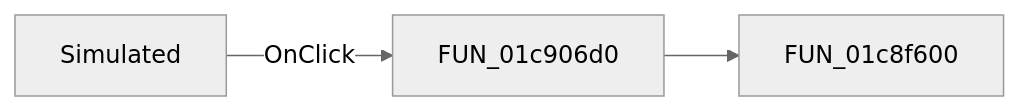
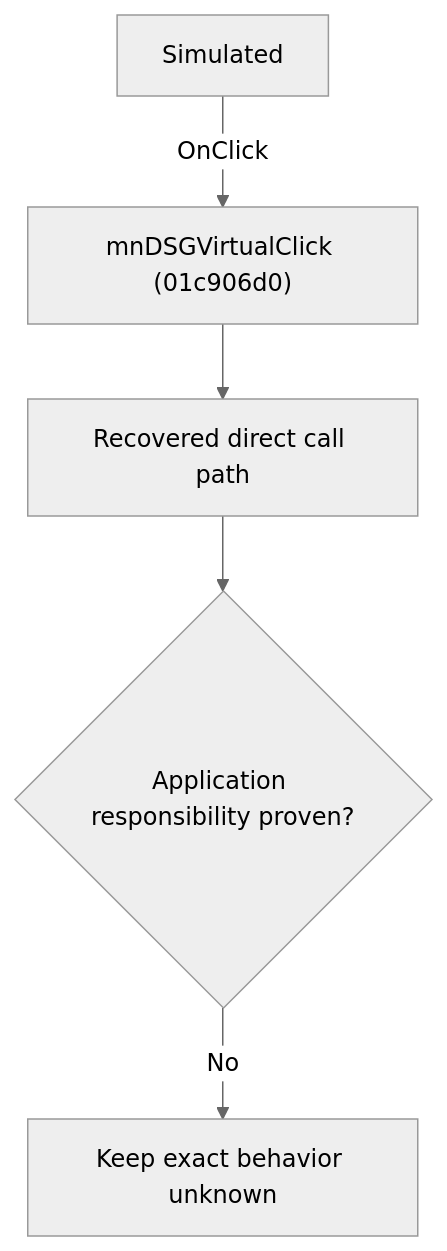
The diagram in docs/ui-controls/schematiceditor/mndsgvirtual-e0c7d41e51.md (MovGP0/TIARA), drawn with Mermaid (neutral theme) before and after one commit. The commit also changed other lines of this file and 1062 other files, not shown here.

````diff
--- a/docs/ui-controls/schematiceditor/mndsgvirtual-e0c7d41e51.md
+++ b/docs/ui-controls/schematiceditor/mndsgvirtual-e0c7d41e51.md
@@ -27,5 +27,7 @@
 ```mermaid
-flowchart LR
-    control["Simulated"] -->|OnClick| handler["FUN_01c906d0"]
-    handler --> call1["FUN_01c8f600"]
+flowchart TD
+    control["Simulated"] -->|"OnClick"| handler["mnDSGVirtualClick (01c906d0)"]
+    handler --> recovered["Recovered direct call path"]
+    recovered --> gap{"Application responsibility proven?"}
+    gap -->|"No"| blocked["Keep exact behavior unknown"]
 ```
````
